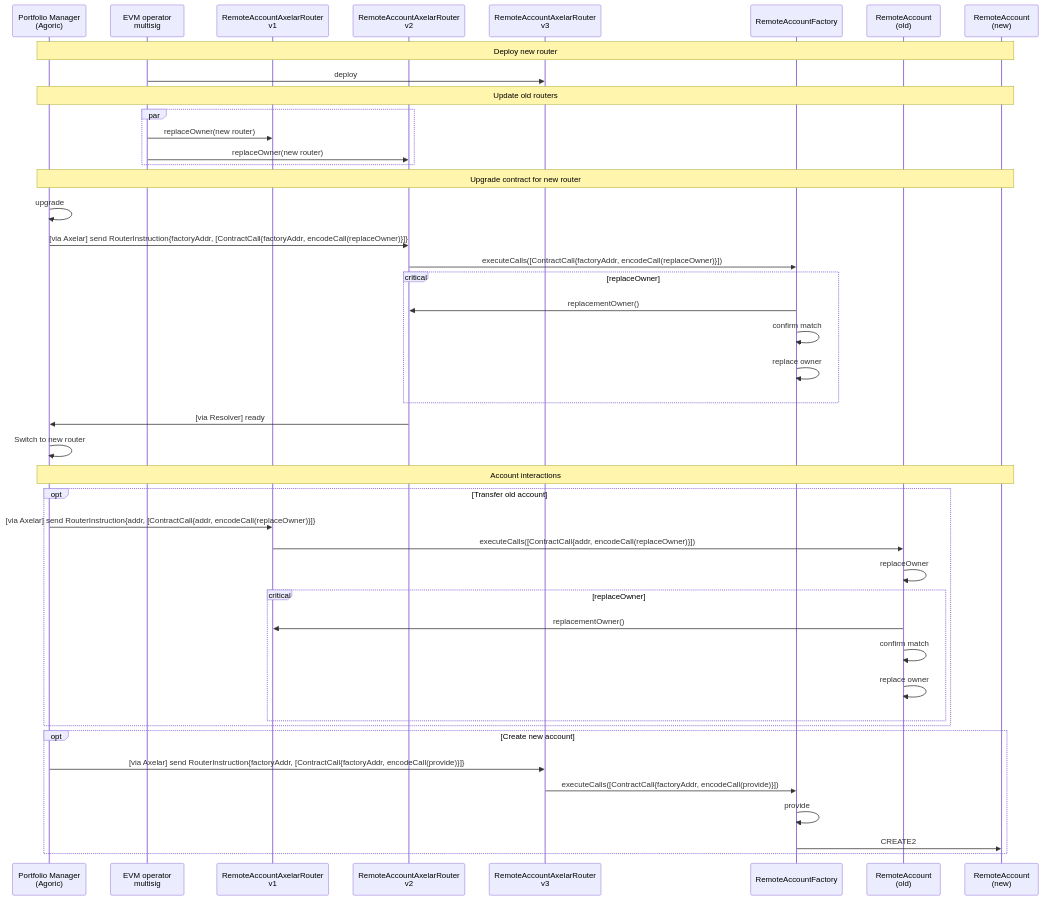
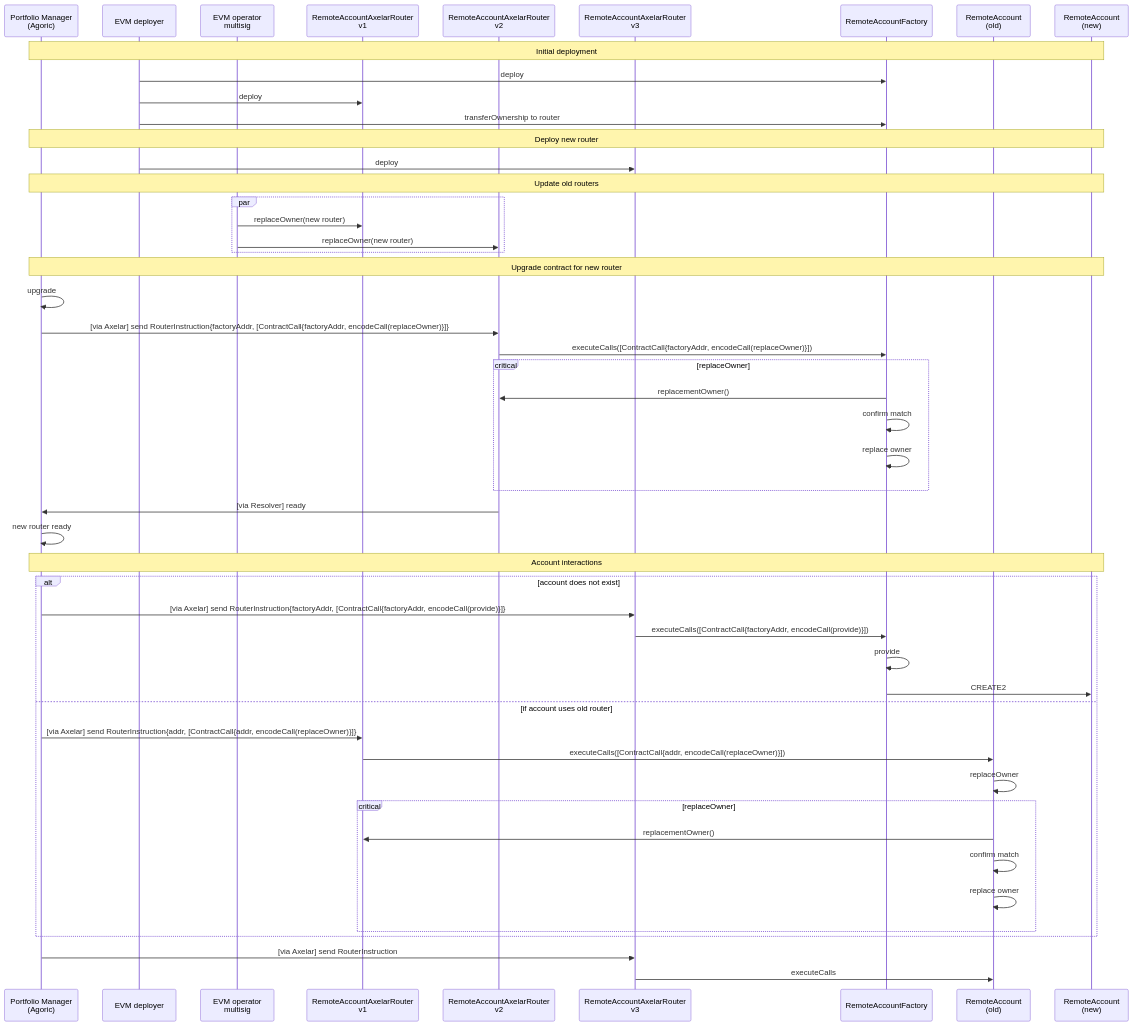
The eighth of 8 diagrams in packages/axelar-local-dev-cosmos/src/contracts/design.md (agoric-labs/agoric-to-axelar-local), drawn with Mermaid before and after one commit. The commit also changed other lines of this file, not shown here.

````diff
--- a/packages/axelar-local-dev-cosmos/src/contracts/design.md
+++ b/packages/axelar-local-dev-cosmos/src/contracts/design.md
@@ -421,50 +416,57 @@
 ```mermaid
 sequenceDiagram
     participant PM as Portfolio Manager<br>(Agoric)
+    participant EVM_DEPLOYER as EVM deployer
     participant EVM_OPERATOR as EVM operator<br>multisig
     participant ROUTER1 as RemoteAccountAxelarRouter<br>v1
     participant ROUTER2 as RemoteAccountAxelarRouter<br>v2
     participant ROUTERn as RemoteAccountAxelarRouter<br>v3
     participant RAF as RemoteAccountFactory
     participant RA1 as RemoteAccount<br>(old)
     participant RAn as RemoteAccount<br>(new)
 
+    Note over PM,RAn: Initial deployment
+    EVM_DEPLOYER->>RAF: deploy
+    EVM_DEPLOYER->>ROUTER1: deploy
+    EVM_DEPLOYER->>RAF: transferOwnership to router
+
     Note over PM,RAn: Deploy new router
-    EVM_OPERATOR->>ROUTERn: deploy
+    EVM_DEPLOYER->>ROUTERn: deploy
 
     Note over PM,RAn: Update old routers
     par
         EVM_OPERATOR->>ROUTER1: replaceOwner(new router)
         EVM_OPERATOR->>ROUTER2: replaceOwner(new router)
     end
 
     Note over PM,RAn: Upgrade contract for new router
     PM->>PM: upgrade
     PM->>ROUTER2: [via Axelar] send RouterInstruction{factoryAddr, [ContractCall{factoryAddr, encodeCall(replaceOwner)}]}
     ROUTER2->>RAF: executeCalls([ContractCall{factoryAddr, encodeCall(replaceOwner)}])
     critical replaceOwner
         RAF->>ROUTER2: replacementOwner()
         RAF->>RAF: confirm match
         RAF->>RAF: replace owner
     end
     ROUTER2->>PM: [via Resolver] ready
-    PM->>PM: Switch to new router
-
+    PM->>PM: new router ready
+    
     Note over PM,RAn: Account interactions
-    opt Transfer old account
+    alt account does not exist
+        PM->>ROUTERn: [via Axelar] send RouterInstruction{factoryAddr, [ContractCall{factoryAddr, encodeCall(provide)}]}
+        ROUTERn->>RAF: executeCalls([ContractCall{factoryAddr, encodeCall(provide)}])
+        RAF->>RAF: provide
+        RAF->>RAn: CREATE2
+    else if account uses old router
         PM->>ROUTER1: [via Axelar] send RouterInstruction{addr, [ContractCall{addr, encodeCall(replaceOwner)}]}
         ROUTER1->>RA1: executeCalls([ContractCall{addr, encodeCall(replaceOwner)}])
         RA1->>RA1: replaceOwner
         critical replaceOwner
             RA1->>ROUTER1: replacementOwner()
             RA1->>RA1: confirm match
             RA1->>RA1: replace owner
         end
     end
-    opt Create new account
-        PM->>ROUTERn: [via Axelar] send RouterInstruction{factoryAddr, [ContractCall{factoryAddr, encodeCall(provide)}]}
-        ROUTERn->>RAF: executeCalls([ContractCall{factoryAddr, encodeCall(provide)}])
-        RAF->>RAF: provide
-        RAF->>RAn: CREATE2
-    end
+    PM->>ROUTERn: [via Axelar] send RouterInstruction
+    ROUTERn->>RA1: executeCalls
 ```
````
